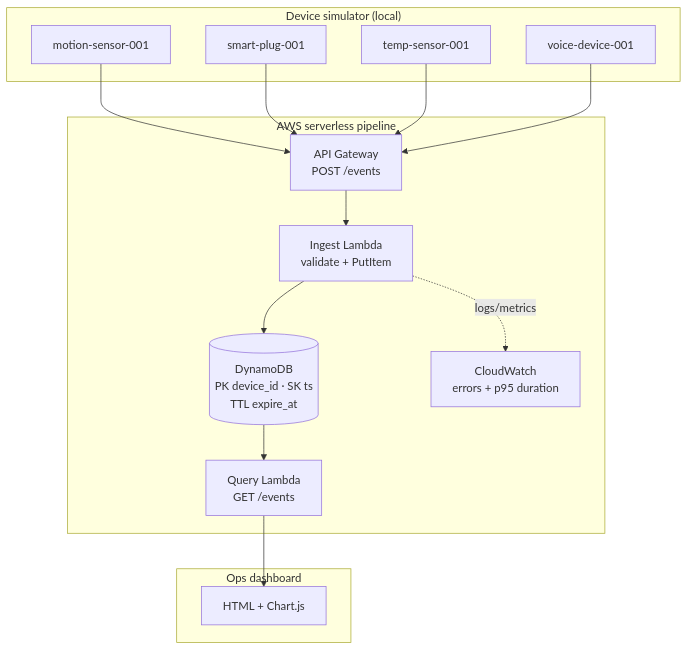
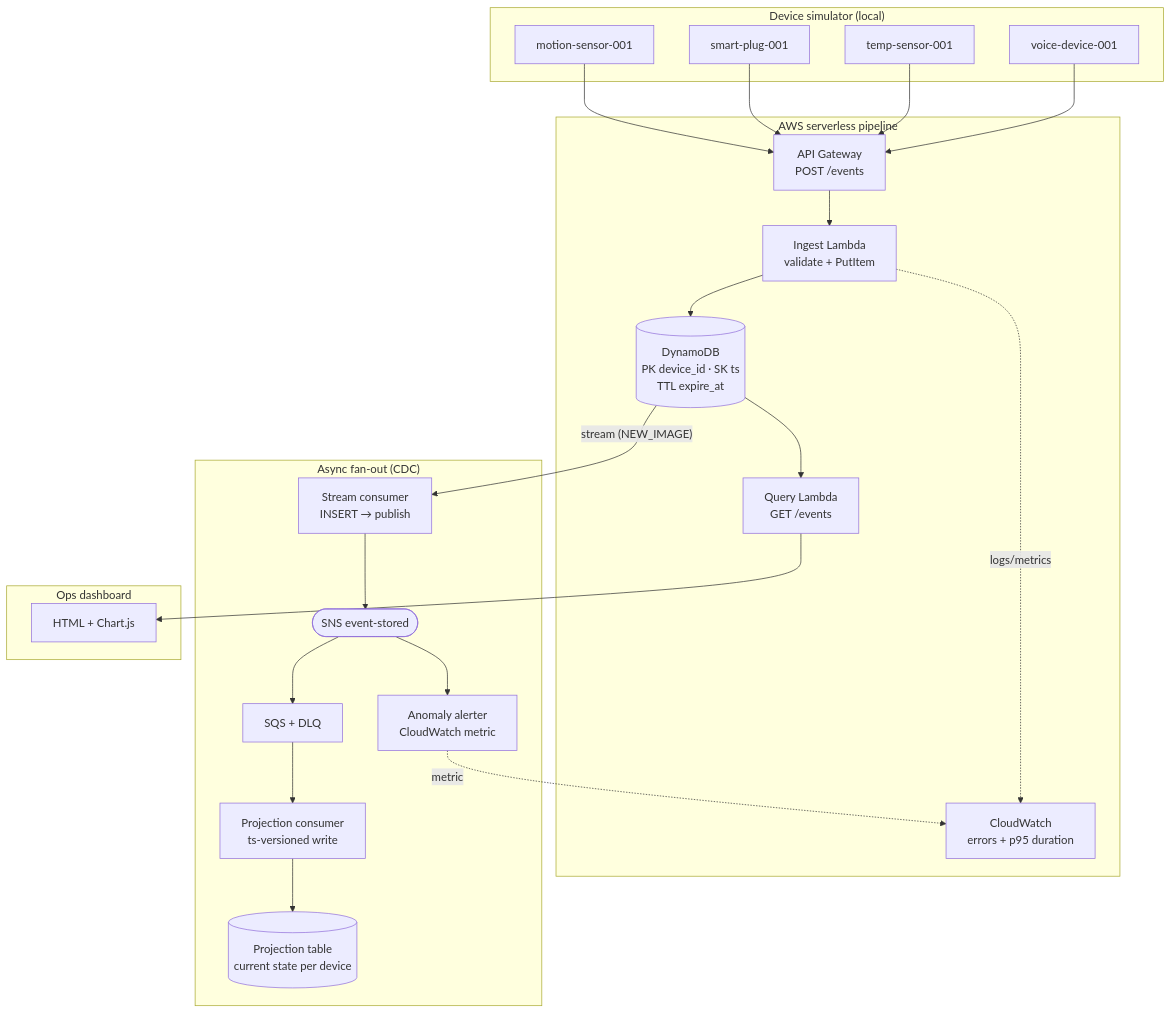
One commit to qw486759/smart-living-ledger changed the diagram in README.md. Above: the diagram before and after it, drawn with Mermaid. The commit also changed other lines of this file and 5 other files, not shown here.

````diff
--- a/README.md
+++ b/README.md
@@ -15,31 +15,44 @@
 ```mermaid
 flowchart TD
     subgraph SIM["Device simulator (local)"]
         M["motion-sensor-001"]
         P["smart-plug-001"]
         T["temp-sensor-001"]
         V["voice-device-001"]
     end
 
     subgraph AWS["AWS serverless pipeline"]
         APIGW["API Gateway\nPOST /events"]
         LINGEST["Ingest Lambda\nvalidate + PutItem"]
         DB[("DynamoDB\nPK device_id · SK ts\nTTL expire_at")]
         LQUERY["Query Lambda\nGET /events"]
         CW["CloudWatch\nerrors + p95 duration"]
     end
 
+    subgraph ASYNC["Async fan-out (CDC)"]
+        STREAM["Stream consumer\nINSERT → publish"]
+        SNS(["SNS event-stored"])
+        SQS["SQS + DLQ"]
+        PROJC["Projection consumer\nts-versioned write"]
+        PROJDB[("Projection table\ncurrent state per device")]
+        ALERT["Anomaly alerter\nCloudWatch metric"]
+    end
+
     subgraph DASH["Ops dashboard"]
         UI["HTML + Chart.js"]
     end
 
     M --> APIGW
     P --> APIGW
     T --> APIGW
     V --> APIGW
     APIGW --> LINGEST
     LINGEST --> DB
     LINGEST -. logs/metrics .-> CW
     DB --> LQUERY
     LQUERY --> UI
+    DB -- stream (NEW_IMAGE) --> STREAM
+    STREAM --> SNS
+    SNS --> SQS --> PROJC --> PROJDB
+    SNS --> ALERT -. metric .-> CW
 ```
````
